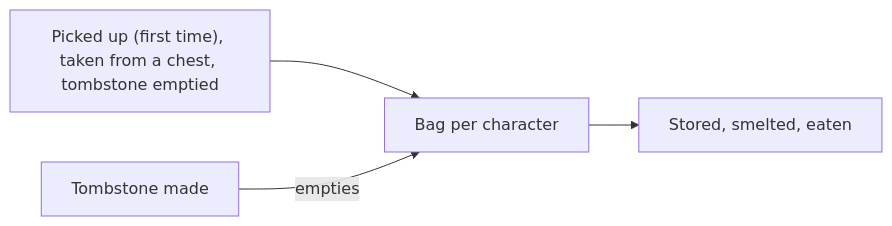
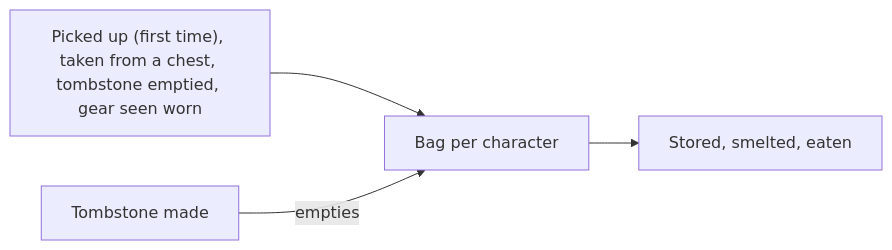
One commit to cristiadu/valheim-dashboard changed the ninth of 18 diagrams in docs/architecture.md. Above: the diagram before and after it, drawn with Mermaid. The commit also changed other lines of this file and 29 other files, not shown here.

Commit message:
Show what each Viking wears now, and their bag as the game's 32 slots with gear and real stacks (#74)

````diff
--- a/docs/architecture.md
+++ b/docs/architecture.md
@@ -184,6 +184,6 @@
 ```mermaid
 flowchart LR
-  in["Picked up (first time), taken from a chest, tombstone emptied"] --> bag[Bag per character]
+  in["Picked up (first time), taken from a chest, tombstone emptied, gear seen worn"] --> bag[Bag per character]
   bag --> out["Stored, smelted, eaten"]
   death["Tombstone made"] -->|empties| bag
 ```
````
